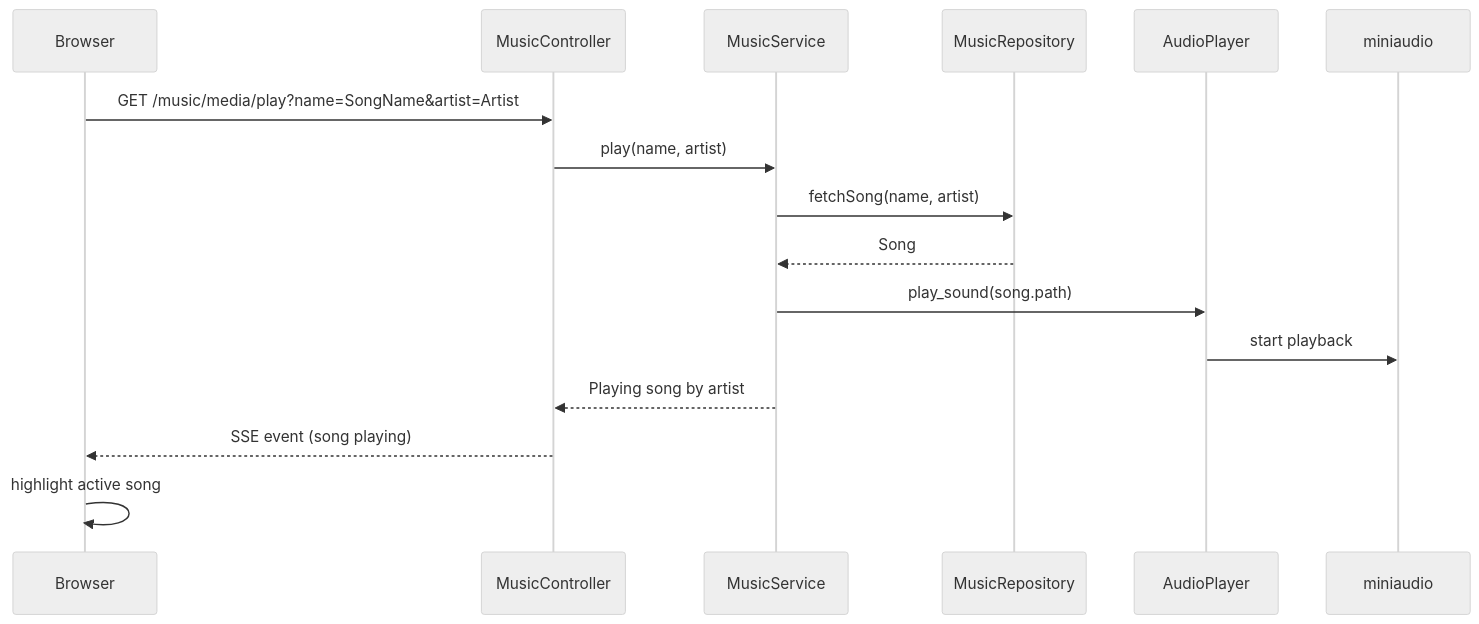
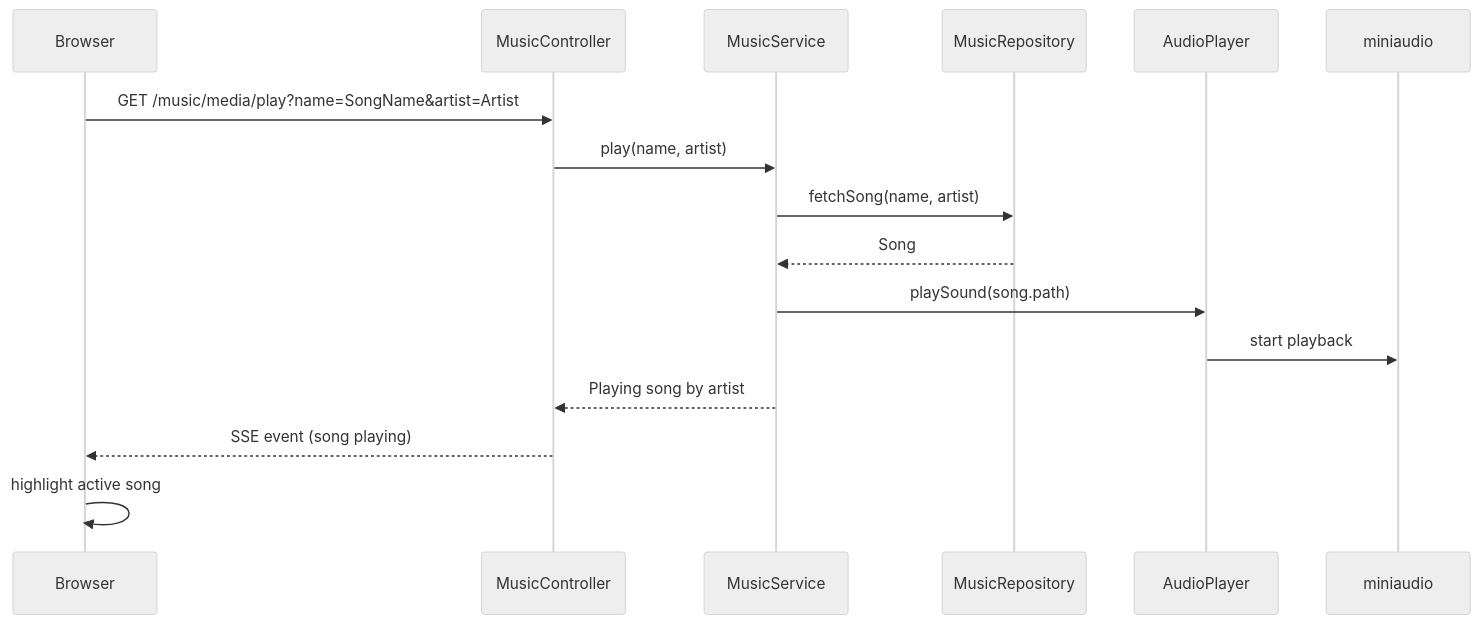
The second of 3 diagrams in README.md (m4wright/lullaby), drawn with Mermaid (neutral theme) before and after one commit. The commit also changed 9 other files, not shown here.

````diff
--- a/README.md
+++ b/README.md
@@ -84,13 +84,13 @@
 ```mermaid
 sequenceDiagram
 
 Browser->>MusicController: GET /music/media/play?name=SongName&artist=Artist
 MusicController->>MusicService: play(name, artist)
 MusicService->>MusicRepository: fetchSong(name, artist)
 MusicRepository-->>MusicService: Song
-MusicService->>AudioPlayer: play_sound(song.path)
+MusicService->>AudioPlayer: playSound(song.path)
 AudioPlayer->>miniaudio: start playback
 MusicService-->>MusicController: Playing song by artist
 MusicController-->>Browser: SSE event (song playing)
 Browser->>Browser: highlight active song
 ```
````
